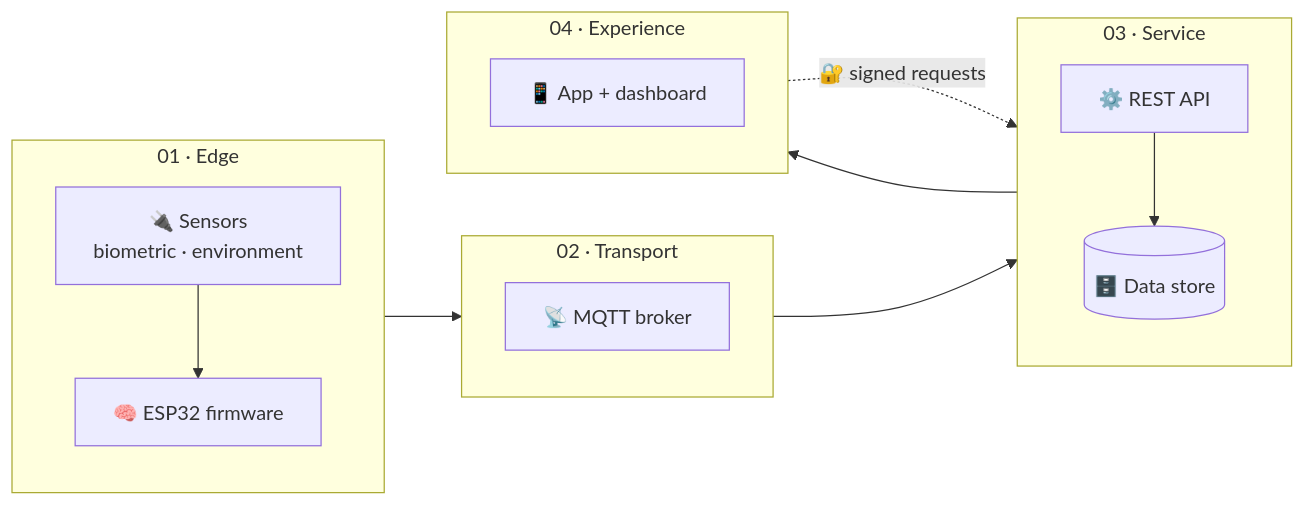
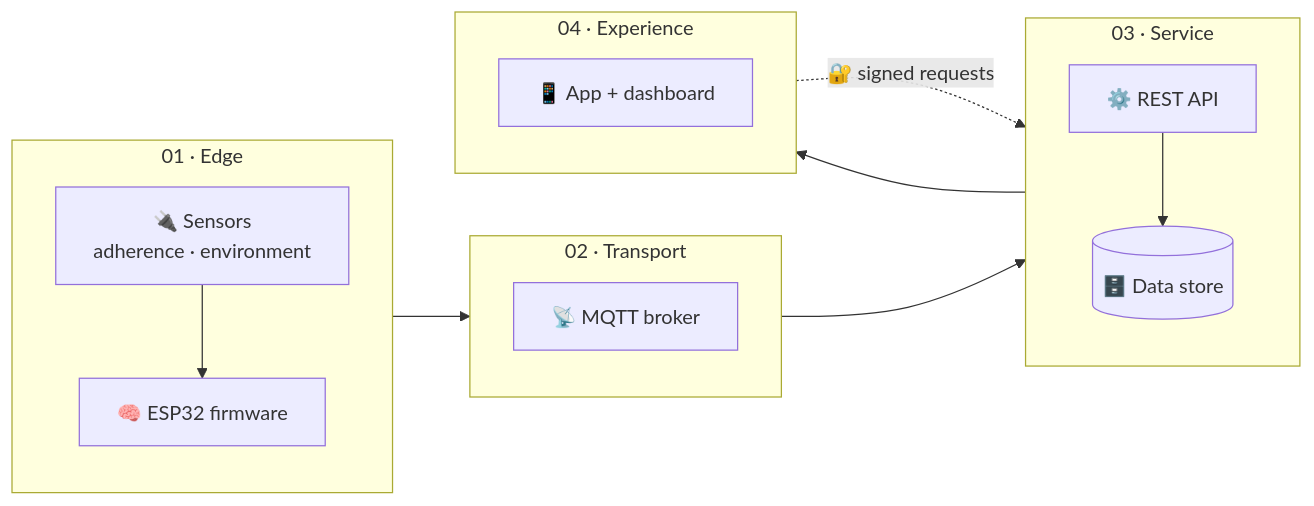
One commit to fuuyuki/fuuyuki changed the diagram in README.md. Above: the diagram before and after it, drawn with Mermaid. The commit also changed other lines of this file, not shown here.

````diff
--- a/README.md
+++ b/README.md
@@ -39,24 +64,24 @@
 ```mermaid
 flowchart LR
     subgraph E["01 · Edge"]
         direction TB
-        S["🔌 Sensors<br/>biometric · environment"] --> M["🧠 ESP32 firmware"]
+        S["🔌 Sensors<br/>adherence · environment"] --> M["🧠 ESP32 firmware"]
     end
     subgraph T["02 · Transport"]
         direction TB
         Q["📡 MQTT broker"]
     end
     subgraph V["03 · Service"]
         direction TB
         R["⚙️ REST API"] --> D[("🗄️ Data store")]
     end
     subgraph X["04 · Experience"]
         direction TB
         A["📱 App + dashboard"]
     end
 
     M --> Q
     Q --> R
     R --> A
     A -. "🔐 signed requests" .-> R
 ```
````
